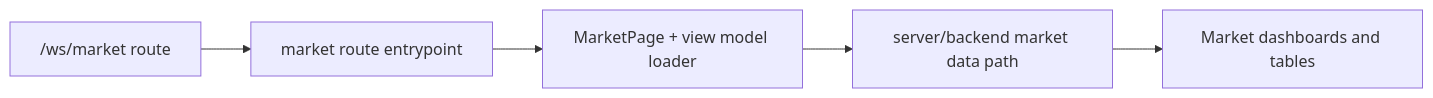
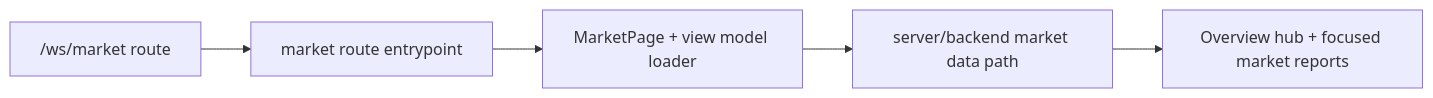
The diagram in apps/web/app/(ws)/ws/(zones)/market/README.md (Up-to-code/anan-ai), drawn with Mermaid before and after one commit. The commit also changed other lines of this file and 90 other files, not shown here.

````diff
--- a/apps/web/app/(ws)/ws/(zones)/market/README.md
+++ b/apps/web/app/(ws)/ws/(zones)/market/README.md
@@ -17,7 +17,7 @@
 ```mermaid
 flowchart LR
   A["/ws/market route"] --> B["market route entrypoint"]
   B --> C["MarketPage + view model loader"]
   C --> D["server/backend market data path"]
-  D --> E["Market dashboards and tables"]
+  D --> E["Overview hub + focused market reports"]
 ```
````
